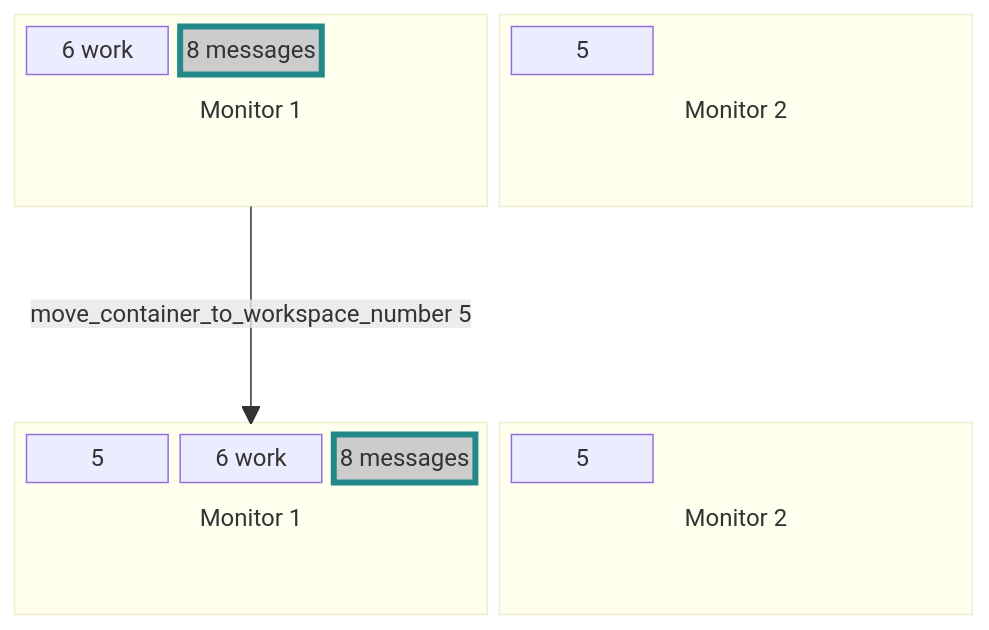
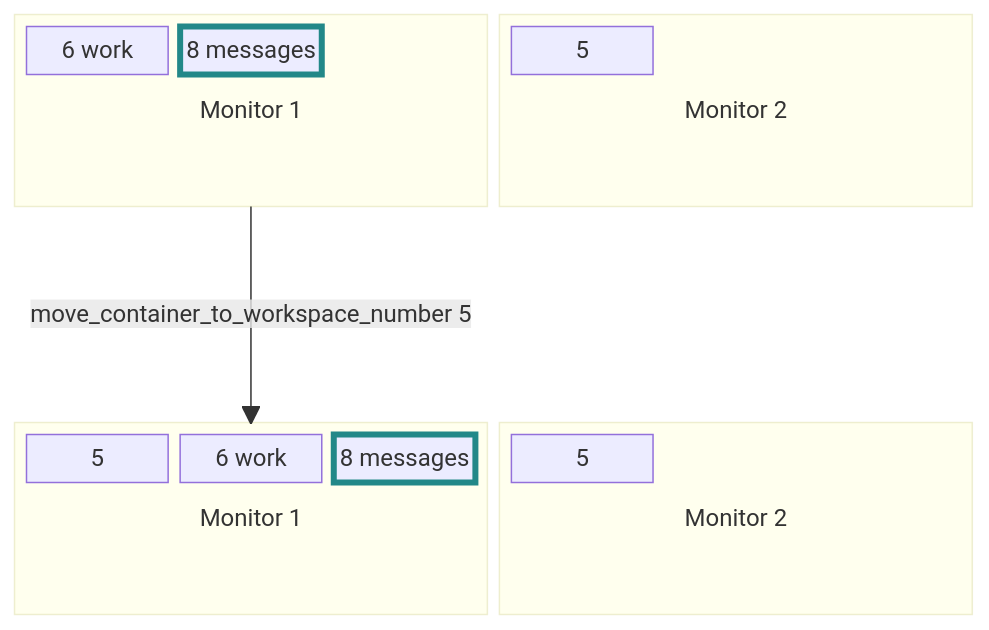
Before and after one commit to berezowski/swaymsg_workspace: the tenth of 10 diagrams in README.md, drawn with Mermaid. The commit also changed other lines of this file, not shown here.

````diff
--- a/README.md
+++ b/README.md
@@ -284,31 +284,31 @@
 ```mermaid
 block-beta
   columns 2
     block:a1["Monitor 1"]:1
       columns 3
       A1["6 work"]
       B1["8 messages"]
       space:6
     end
     block:a2["Monitor 2"]:1
       columns 3
       A2["5"]
       space:6    
     end
   space:2
     block:b1["Monitor 1"]:1
       columns 3
       C1["5"]
       D1["6 work"]
       E1["8 messages"]
       space:6
     end
     block:b2["Monitor 2"]:1
       columns 3
       B2["5"]
       space:6    
     end
   a1 -- "move_container_to_workspace_number 5" --> b1
-  style B1 fill:#ccc,stroke:#288,stroke-width:4px,color:#000
-  style E1 fill:#ccc,stroke:#288,stroke-width:4px,color:#000
+  style B1 stroke:#288,stroke-width:4px
+  style E1 stroke:#288,stroke-width:4px
 ```
````
